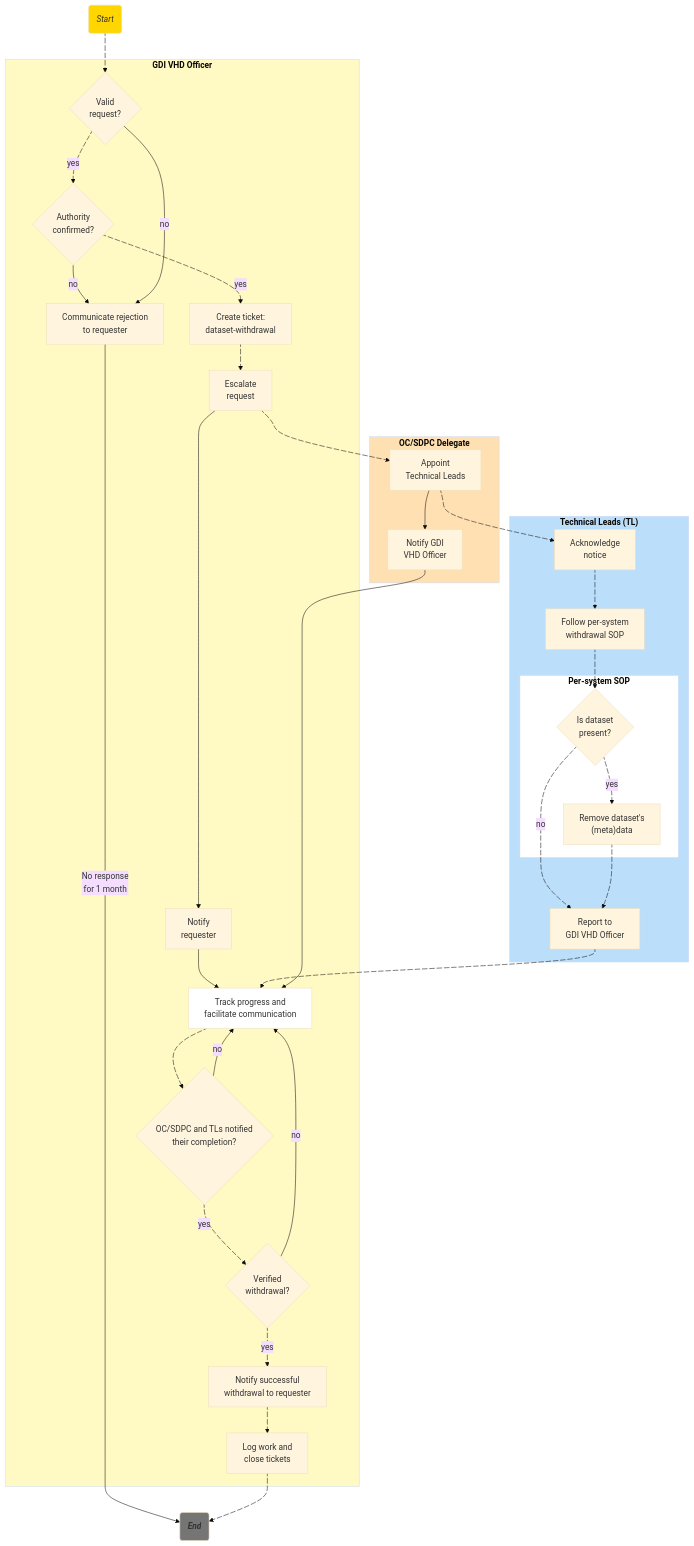
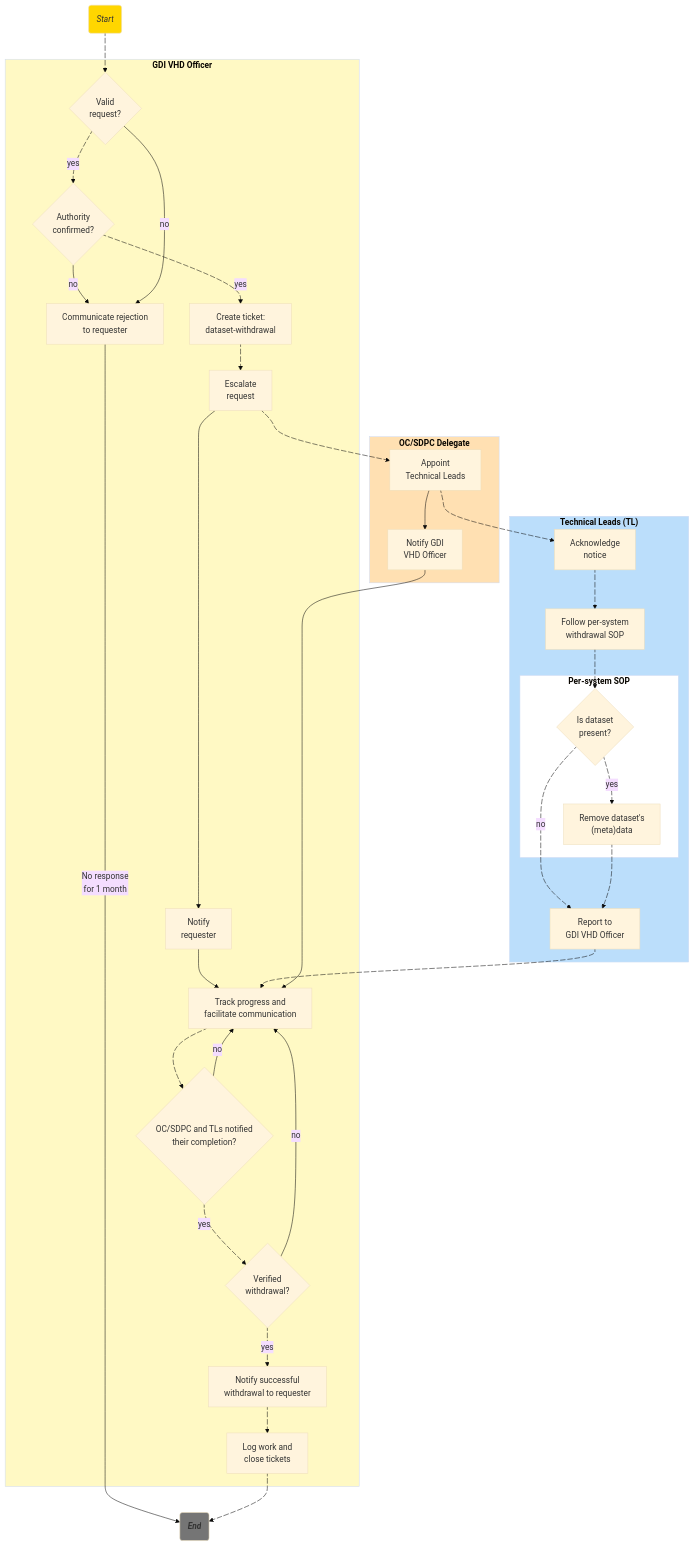
The diagram in sops/european-level/GDI-SOP0009_dataset-withdrawal.md (M-casado/standard-operating-procedures), drawn with Mermaid (base theme) before and after one commit.

Commit message:
SOP0009 - Minimal diagram change

```diff
--- a/sops/european-level/GDI-SOP0009_dataset-withdrawal.md
+++ b/sops/european-level/GDI-SOP0009_dataset-withdrawal.md
@@ -175,7 +175,6 @@
     classDef oc  fill:#ffe6cc,stroke:#fb8c00,color:#000
     classDef tl  fill:#e0ffd8,stroke:#34a853,color:#000
     classDef process_end fill:#ffffff,stroke:#999999,color:#000
-    style n10 fill:#FFFFFF
     style s4 fill:#FFFFFF
     style ending fill:#757575
     style start fill:#FFD600
```
